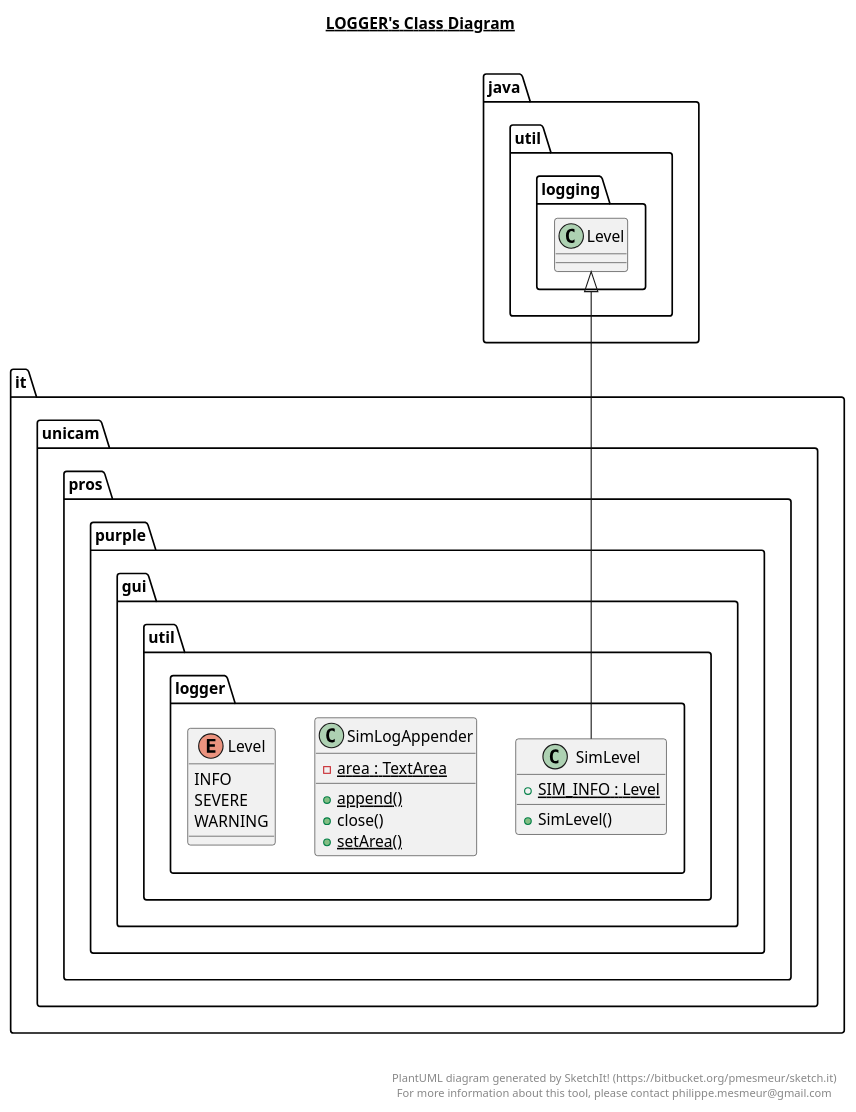
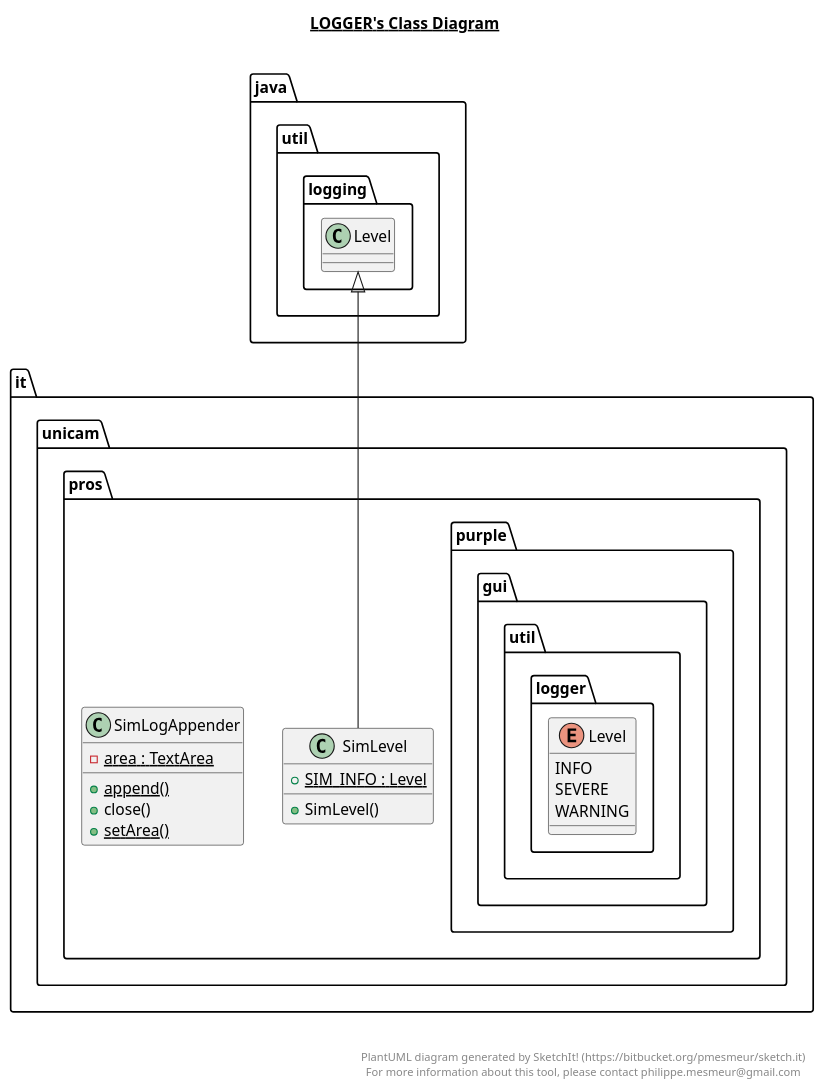
The diagram in src/main/java/it/unicam/pros/purple/gui/util/logger/logger.plantuml (lorenzorossiunicam/p), drawn with PlantUML before and after one commit. The commit also changed 187 other files, not shown here.

```diff
--- a/src/main/java/it/unicam/pros/purple/gui/util/logger/logger.plantuml
+++ b/src/main/java/it/unicam/pros/purple/gui/util/logger/logger.plantuml
@@ -1,61 +1,61 @@
 @startuml
 
 title __LOGGER's Class Diagram__\n
 
   namespace it.unicam.pros.purple {
     namespace gui {
       namespace util {
         namespace logger {
-          class it.unicam.pros.purple.gui.util.logger.SimLevel {
+          class it.unicam.pros.SimLevel {
               {static} + SIM_INFO : Level
               + SimLevel()
           }
         }
       }
     }
   }
   
 
   namespace it.unicam.pros.purple {
     namespace gui {
       namespace util {
         namespace logger {
-          class it.unicam.pros.purple.gui.util.logger.SimLogAppender {
+          class it.unicam.pros.SimLogAppender {
               {static} - area : TextArea
               {static} + append()
               + close()
               {static} + setArea()
           }
         }
       }
     }
   }
   
 
   namespace it.unicam.pros.purple {
     namespace gui {
       namespace util {
         namespace logger {
           enum Level {
             INFO
             SEVERE
             WARNING
           }
         }
       }
     }
   }
   
 
-  it.unicam.pros.purple.gui.util.logger.SimLevel -up-|> java.util.logging.Level
-  it.unicam.pros.purple.gui.util.logger.SimLogAppender +-down- it.unicam.pros.purple.gui.util.logger.SimLogAppender.Level
+  it.unicam.pros.SimLevel -up-|> java.util.logging.Level
+  it.unicam.pros.SimLogAppender +-down- it.unicam.pros.SimLogAppender.Level
 
 
 right footer
 
 
 PlantUML diagram generated by SketchIt! (https://bitbucket.org/pmesmeur/sketch.it)
 For more information about this tool, please contact philippe.mesmeur@gmail.com
 endfooter
 
 @enduml
```
